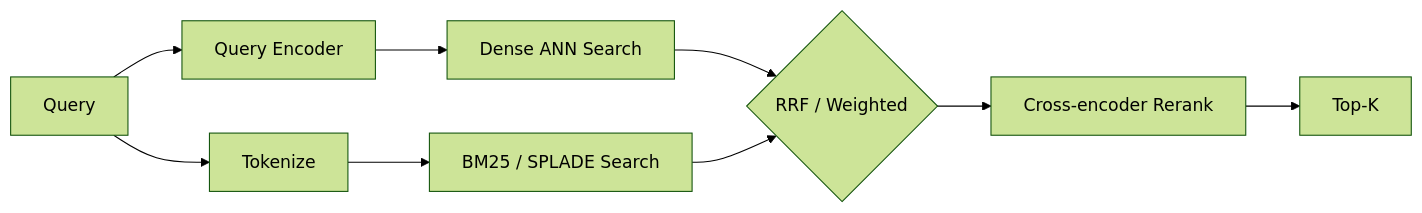
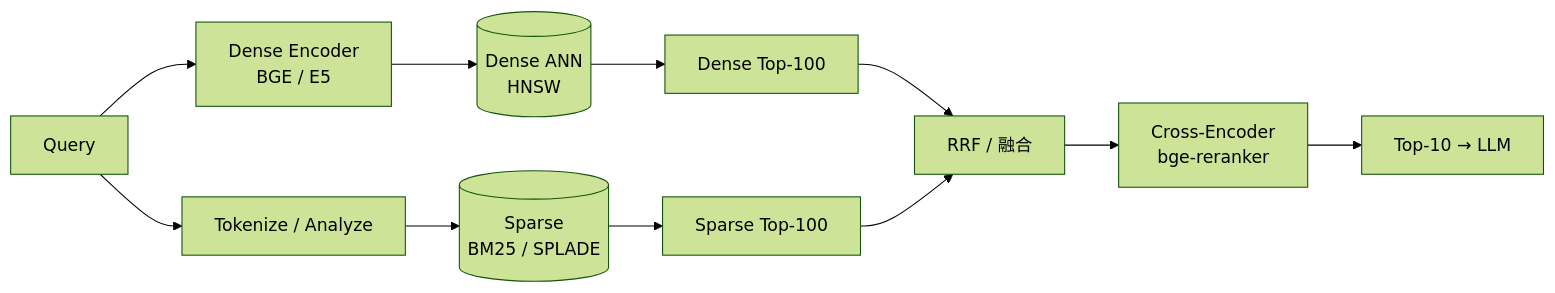
Before and after one commit to wangyong9999/lakehouse-wiki: the diagram in docs/retrieval/hybrid-search.md, drawn with Mermaid (forest theme). The commit also changed other lines of this file and 3 other files, not shown here.

Commit message:
content(R1A.2): 检索核心深化 hnsw/vector-database/hybrid-search/rerank 升 S 级

````diff
--- a/docs/retrieval/hybrid-search.md
+++ b/docs/retrieval/hybrid-search.md
@@ -53,11 +150,17 @@
 ```mermaid
 flowchart LR
-  q[Query] --> qe[Query Encoder]
-  qe --> dense[Dense ANN Search]
-  q --> tokenize[Tokenize]
-  tokenize --> sparse[BM25 / SPLADE Search]
-  dense --> fuse{RRF / Weighted}
-  sparse --> fuse
-  fuse --> rerank[Cross-encoder Rerank]
-  rerank --> out[Top-K]
+  q[Query] --> qe[Dense Encoder<br/>BGE / E5]
+  q --> tk[Tokenize / Analyze]
+
+  qe --> dense_idx[(Dense ANN<br/>HNSW)]
+  tk --> sparse_idx[(Sparse<br/>BM25 / SPLADE)]
+
+  dense_idx --> dense_top[Dense Top-100]
+  sparse_idx --> sparse_top[Sparse Top-100]
+
+  dense_top --> rrf[RRF / 融合]
+  sparse_top --> rrf
+
+  rrf --> rerank[Cross-Encoder<br/>bge-reranker]
+  rerank --> final[Top-10 → LLM]
 ```
````
